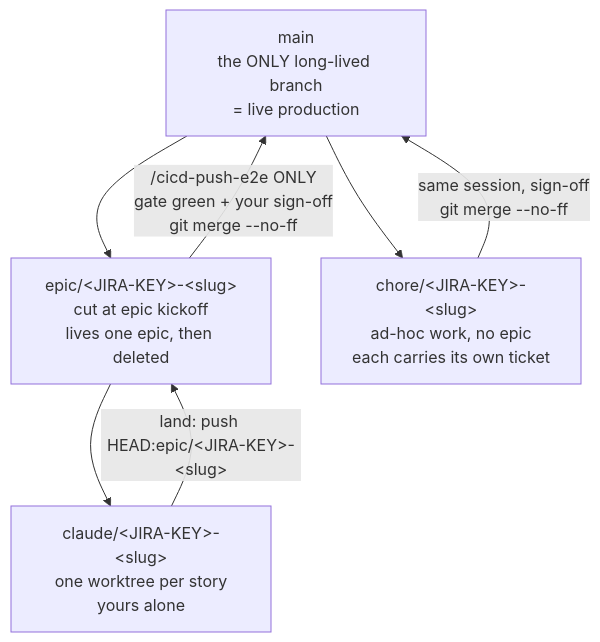
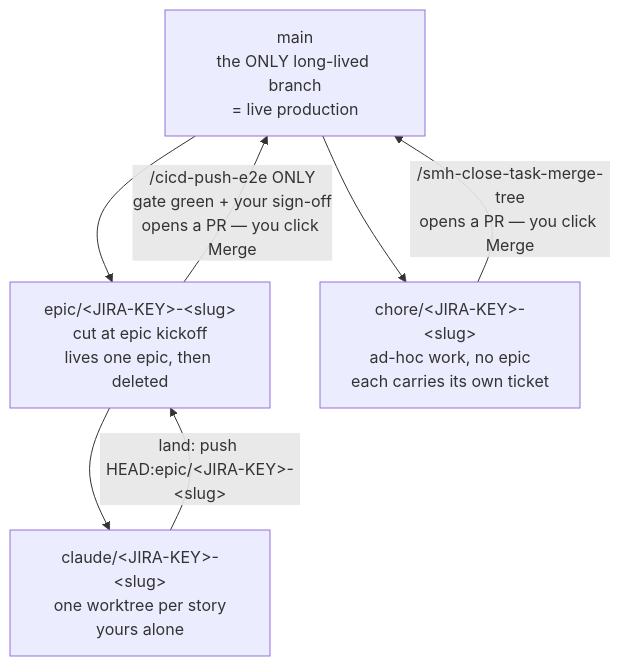
Before and after one commit to sudomadhatter/Sudo_Hatter_Command: diagram 11 of 12 in docs/_scc_sops_prds/git_walkthrough_settings.md, drawn with Mermaid. The commit also changed other lines of this file and 16 other files, not shown here.

````diff
--- a/docs/_scc_sops_prds/git_walkthrough_settings.md
+++ b/docs/_scc_sops_prds/git_walkthrough_settings.md
@@ -282,9 +282,9 @@
 ```mermaid
 flowchart TD
     MAIN["main\nthe ONLY long-lived branch\n= live production"] --> EPIC["epic/&lt;JIRA-KEY&gt;-&lt;slug&gt;\ncut at epic kickoff\nlives one epic, then deleted"]
     EPIC --> WT["claude/&lt;JIRA-KEY&gt;-&lt;slug&gt;\none worktree per story\nyours alone"]
     WT -->|"land: push HEAD:epic/&lt;JIRA-KEY&gt;-&lt;slug&gt;"| EPIC
-    EPIC -->|"/cicd-push-e2e ONLY\ngate green + your sign-off\ngit merge --no-ff"| MAIN
+    EPIC -->|"/cicd-push-e2e ONLY\ngate green + your sign-off\nopens a PR — you click Merge"| MAIN
     MAIN --> CHORE["chore/&lt;JIRA-KEY&gt;-&lt;slug&gt;\nad-hoc work, no epic\neach carries its own ticket"]
-    CHORE -->|"same session, sign-off\ngit merge --no-ff"| MAIN
+    CHORE -->|"/smh-close-task-merge-tree\nopens a PR — you click Merge"| MAIN
 ```
````
